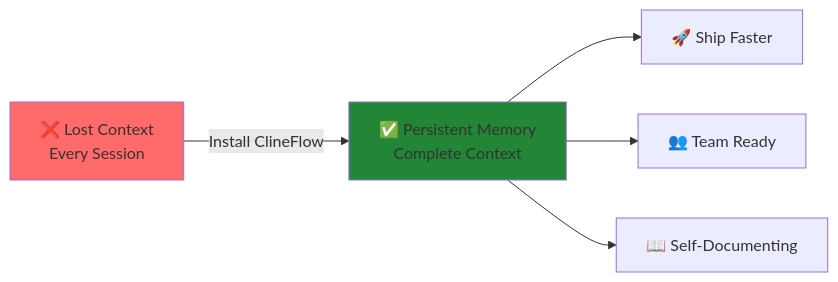
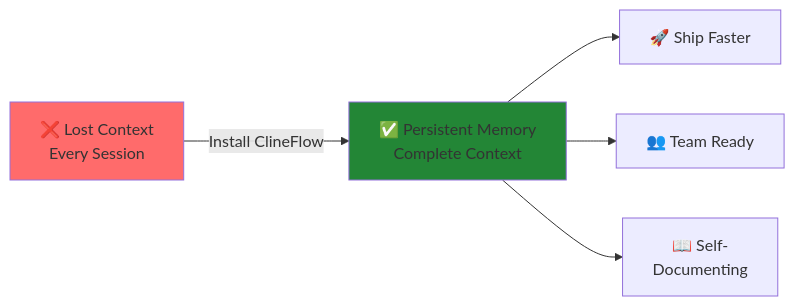
Before and after one commit to hassanvfx/clineflow: the first of 7 diagrams in README.md, drawn with Mermaid.

Commit message:
fix: prevent text truncation in hero diagram
- Add line break to 'Self-Documenting' node
- Now displays as 'Self-<br/>Documenting' across two lines
- Consistent with other multi-line nodes in diagram
- Ensures full text visibility in both light and dark themes

````diff
--- a/README.md
+++ b/README.md
@@ -19,9 +19,9 @@
 ```mermaid
 graph LR
     A[❌ Lost Context<br/>Every Session] -->|Install ClineFlow| B[✅ Persistent Memory<br/>Complete Context]
     B --> C[🚀 Ship Faster]
     B --> D[👥 Team Ready]
-    B --> E[📖 Self-Documenting]
+    B --> E[📖 Self-<br/>Documenting]
     style A fill:#ff6b6b
     style B fill:#238636
 ```
````
